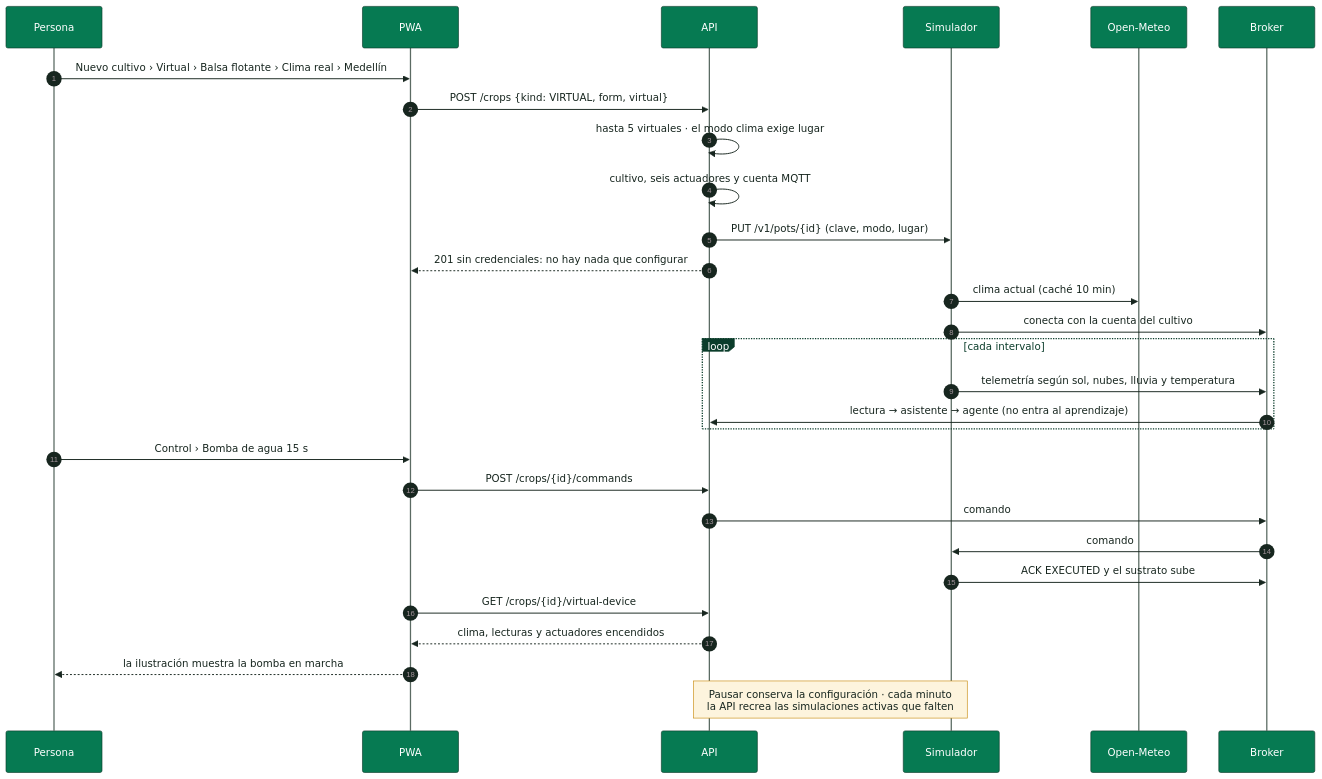
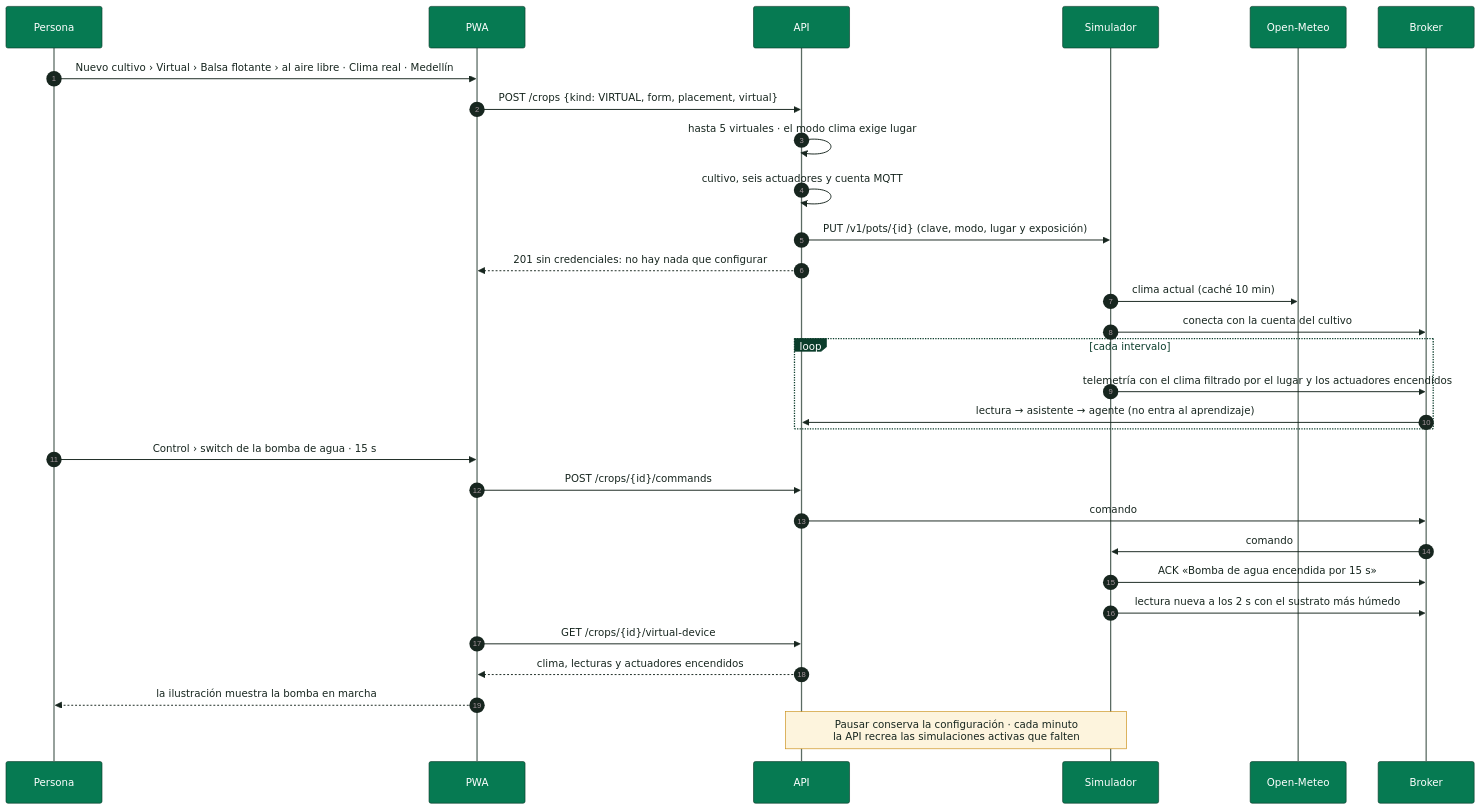
Before and after one commit to SmartPotTech/.github: the diagram in docs/diagrams/SmartPot_15_Virtual_Crop_Sequence.mmd, drawn with Mermaid.

Commit message:
Place the virtual crop and show the reading after an order
The sequence sends the placement and shows the reading published 2 s after the pump runs.

```diff
--- a/docs/diagrams/SmartPot_15_Virtual_Crop_Sequence.mmd
+++ b/docs/diagrams/SmartPot_15_Virtual_Crop_Sequence.mmd
@@ -1,30 +1,31 @@
 %%{init: {"theme": "base", "fontFamily": "Segoe UI, Arial, sans-serif", "themeVariables": {"fontFamily": "Segoe UI, Arial, sans-serif", "fontSize": "15px", "primaryColor": "#DDF5EA", "primaryTextColor": "#17261F", "primaryBorderColor": "#067A52", "secondaryColor": "#E3F2FB", "secondaryTextColor": "#17261F", "secondaryBorderColor": "#1F6FA0", "tertiaryColor": "#F2F7F4", "tertiaryTextColor": "#17261F", "tertiaryBorderColor": "#D5E3DC", "lineColor": "#5B6B63", "textColor": "#17261F", "mainBkg": "#DDF5EA", "nodeBorder": "#067A52", "clusterBkg": "#F7FAF8", "clusterBorder": "#D5E3DC", "edgeLabelBackground": "#FFFFFF", "actorBkg": "#067A52", "actorBorder": "#0B3D2B", "actorTextColor": "#FFFFFF", "actorLineColor": "#5B6B63", "signalColor": "#17261F", "signalTextColor": "#17261F", "labelBoxBkgColor": "#0B3D2B", "labelBoxBorderColor": "#0B3D2B", "labelTextColor": "#FFFFFF", "loopTextColor": "#0B3D2B", "noteBkgColor": "#FDF4DD", "noteBorderColor": "#C98D12", "noteTextColor": "#17261F", "activationBkgColor": "#DDF5EA", "activationBorderColor": "#067A52", "attributeBackgroundColorOdd": "#FFFFFF", "attributeBackgroundColorEven": "#F2F7F4"}}}%%
 sequenceDiagram
   autonumber
   participant P as Persona
   participant W as PWA
   participant A as API
   participant S as Simulador
   participant O as Open-Meteo
   participant B as Broker
-  P->>W: Nuevo cultivo › Virtual › Balsa flotante › Clima real › Medellín
-  W->>A: POST /crops {kind: VIRTUAL, form, virtual}
+  P->>W: Nuevo cultivo › Virtual › Balsa flotante › al aire libre · Clima real · Medellín
+  W->>A: POST /crops {kind: VIRTUAL, form, placement, virtual}
   A->>A: hasta 5 virtuales · el modo clima exige lugar
   A->>A: cultivo, seis actuadores y cuenta MQTT
-  A->>S: PUT /v1/pots/{id} (clave, modo, lugar)
+  A->>S: PUT /v1/pots/{id} (clave, modo, lugar y exposición)
   A-->>W: 201 sin credenciales: no hay nada que configurar
   S->>O: clima actual (caché 10 min)
   S->>B: conecta con la cuenta del cultivo
   loop cada intervalo
-    S->>B: telemetría según sol, nubes, lluvia y temperatura
+    S->>B: telemetría con el clima filtrado por el lugar y los actuadores encendidos
     B->>A: lectura → asistente → agente (no entra al aprendizaje)
   end
-  P->>W: Control › Bomba de agua 15 s
+  P->>W: Control › switch de la bomba de agua · 15 s
   W->>A: POST /crops/{id}/commands
   A->>B: comando
   B->>S: comando
-  S->>B: ACK EXECUTED y el sustrato sube
+  S->>B: ACK «Bomba de agua encendida por 15 s»
+  S->>B: lectura nueva a los 2 s con el sustrato más húmedo
   W->>A: GET /crops/{id}/virtual-device
   A-->>W: clima, lecturas y actuadores encendidos
   W-->>P: la ilustración muestra la bomba en marcha
   Note over A,S: Pausar conserva la configuración · cada minuto<br/>la API recrea las simulaciones activas que falten
```
